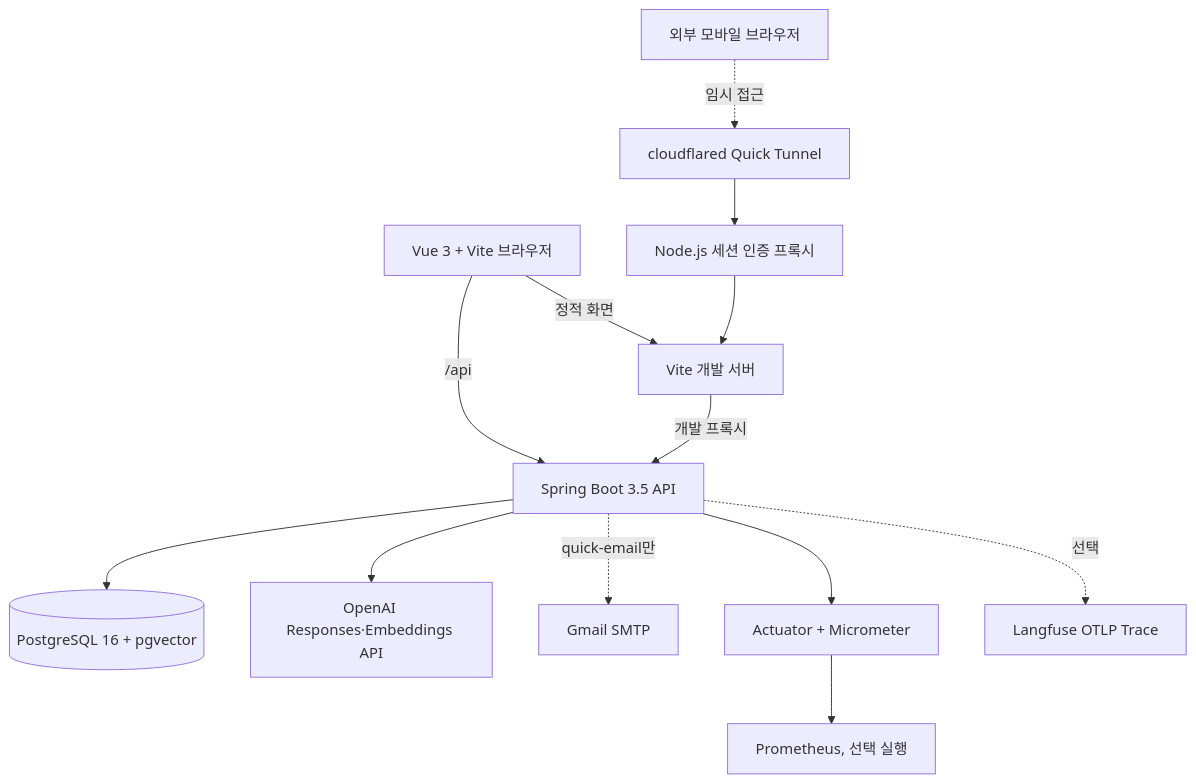
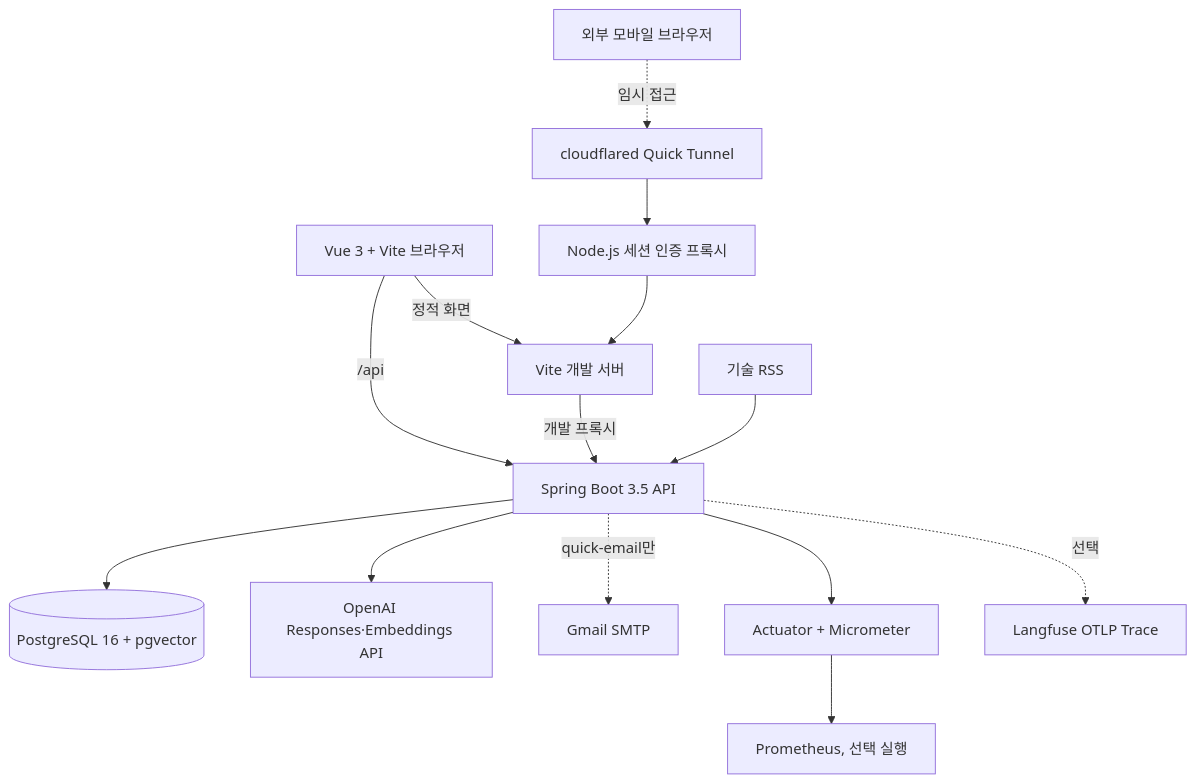
The second of 4 diagrams in docs/PROJECT_GUIDE.md (eunjuny/auknowlog), drawn with Mermaid before and after one commit. The commit also changed other lines of this file and 36 other files, not shown here.

````diff
--- a/docs/PROJECT_GUIDE.md
+++ b/docs/PROJECT_GUIDE.md
@@ -38,17 +41,18 @@
 ```mermaid
 flowchart TB
     Browser[Vue 3 + Vite 브라우저] -->|/api| Backend[Spring Boot 3.5 API]
     Browser -->|정적 화면| Vite[Vite 개발 서버]
     Vite -->|개발 프록시| Backend
 
     Backend --> Postgres[(PostgreSQL 16 + pgvector)]
     Backend --> OpenAI[OpenAI Responses·Embeddings API]
+    RSS[기술 RSS] --> Backend
     Backend -. quick-email만 .-> Mail[Gmail SMTP]
     Backend --> Metrics[Actuator + Micrometer]
     Metrics --> Prometheus[Prometheus, 선택 실행]
     Backend -. 선택 .-> Langfuse[Langfuse OTLP Trace]
 
     Mobile[외부 모바일 브라우저] -. 임시 접근 .-> Tunnel[cloudflared Quick Tunnel]
     Tunnel --> AuthProxy[Node.js 세션 인증 프록시]
     AuthProxy --> Vite
 ```
````
